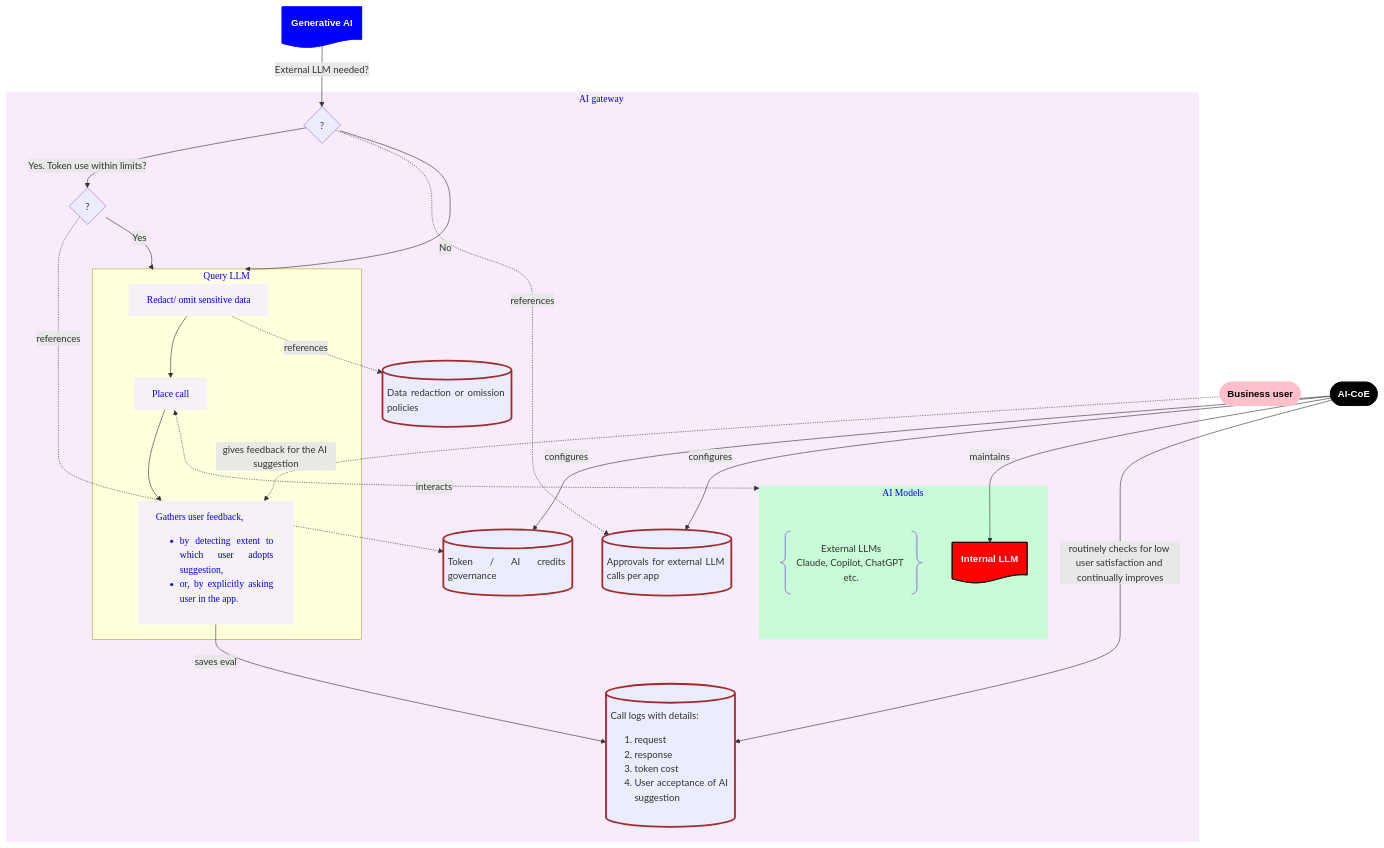
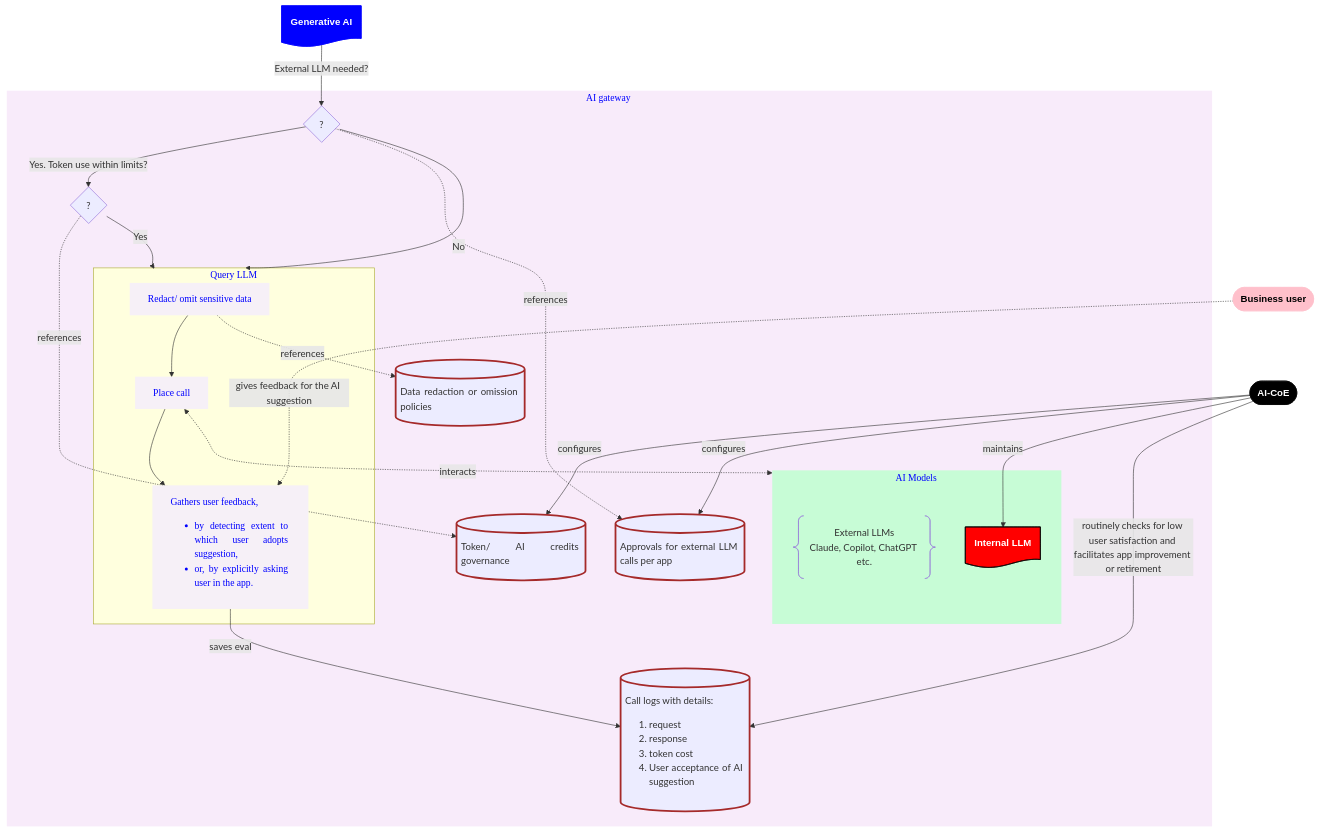
The fourth of 5 diagrams in README.md (DuttaSoumya/AI-Architecture), drawn with Mermaid before and after one commit. The commit also changed other lines of this file, not shown here.

````diff
--- a/README.md
+++ b/README.md
@@ -340,63 +354,65 @@
 ``` mermaid
 flowchart
     BizUser([Business user])
     class BizUser User_BIZ
     CoE([AI-CoE])
     class CoE User_COE
 
     subgraph AIGateway[AI gateway]
-        TokenGovernance@{ shape: cyl, label: "Token / AI credits governance" }
+        TokenGovernance@{ shape: cyl, label: "Token/ AI credits governance" }
         class TokenGovernance Database
         RedactPolicies@{ shape: cyl, label: "Data redaction or omission policies" }
         class RedactPolicies Database
         ApprovalsForExternalLlms@{ shape: cyl, label: "Approvals for external LLM calls per app" }
         class ApprovalsForExternalLlms Database
         TokenUseApproved@{ shape: diamond, label: "?" }
         ExternalLLMApproved@{ shape: diamond, label: "?" }
         CallLogAsEvals@{ shape: cyl, label: "Call logs with details: <ol><li>request</li><li>response</li><li>token cost</li><li>User acceptance of AI suggestion</li></ol>" }
         class CallLogAsEvals Database
         subgraph MakeCall[Query LLM]
              RedactData[Redact/ omit sensitive data]
              class RedactData Action
              PlaceCall[Place call]
              GathersUserFeedback[Gathers user feedback, <ul><li>by detecting extent to which user adopts suggestion,</li><li>or, by explicitly asking user in the app.</li></ul>]
              class GathersUserFeedback Action
              RedactData --> PlaceCall --> GathersUserFeedback
              class PlaceCall Action
         end
         style MakeCall color:blue, font-family:Fantasy, Trebuchet MS
         subgraph Models["AI Models"]
             ExternalModel@{ shape: braces, label: "External LLMs<br/>Claude, Copilot, ChatGPT etc."}
             InternalModel@{ shape: doc, label: "Internal LLM" }  
             class InternalModel AiArtifacts
         end
         style Models stroke:None, fill:#c7fcd6, color:blue, font-family:Fantasy, Trebuchet MS
 
         ExternalLLMApproved -- Yes. Token use within limits? --> TokenUseApproved -. references .-> TokenGovernance 
         ExternalLLMApproved -- No --> MakeCall
         TokenUseApproved -- Yes --> MakeCall
         ExternalLLMApproved -. references .-> ApprovalsForExternalLlms
         PlaceCall <-. interacts .-> Models
         RedactData -. references .-> RedactPolicies
         GathersUserFeedback -- saves eval --> CallLogAsEvals
     end
     style AIGateway stroke:None, fill:#f8ebfa, color:blue, font-family:Fantasy, Trebuchet MS
 
     LLMProj@{ shape: doc, label: "**Generative AI**" }
     class LLMProj AiApps
     LLMProj -- External LLM needed? --> ExternalLLMApproved
 
+    BizUser ~~~ CoE
+
     CoE -- configures --> TokenGovernance
     CoE -- configures --> ApprovalsForExternalLlms
     CoE -- maintains --> InternalModel
-    CoE -- routinely checks for low user satisfaction and continually improves --> CallLogAsEvals
+    CoE -- routinely checks for low user satisfaction and facilitates app improvement or retirement --> CallLogAsEvals
 
     BizUser -. gives feedback for the AI suggestion .-> GathersUserFeedback
 
     classDef AiArtifacts stroke: Black, fill: Red, color: White, font-family: Arial, font-weight: bold, text-align:justify, text-justify:inter-word
     classDef AiApps stroke: Blue, fill: Blue, color: White, font-family: Arial, font-weight: bold, text-align:justify, text-justify:inter-word
     classDef Action stroke:None, fill: #f6f0f7, color:blue, font-family:Tahoma, text-align:justify, text-justify:inter-word
     classDef Database stroke: Brown, stroke-width: 3px, text-align:justify, text-justify:inter-word
     classDef User_COE stroke:Black, fill:Black, color: White, font-family:Arial, font-weight:Bold
     classDef User_BIZ stroke:Pink, fill:Pink, font-family:Arial, color:Black, font-weight:Bold
 ```
````
